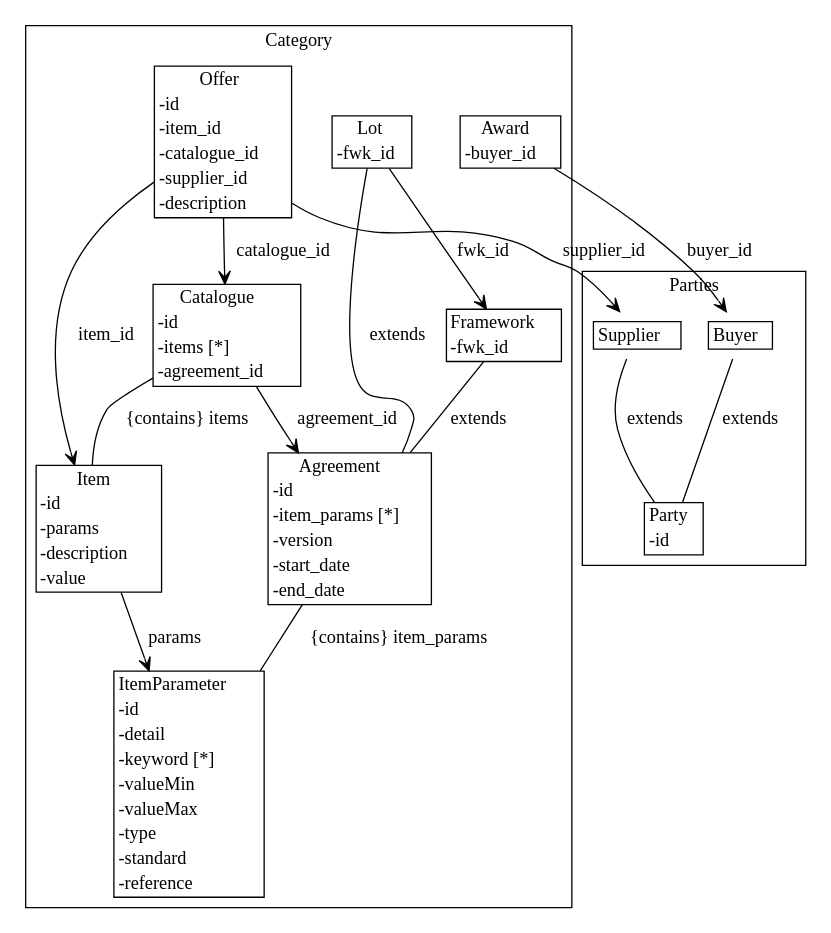
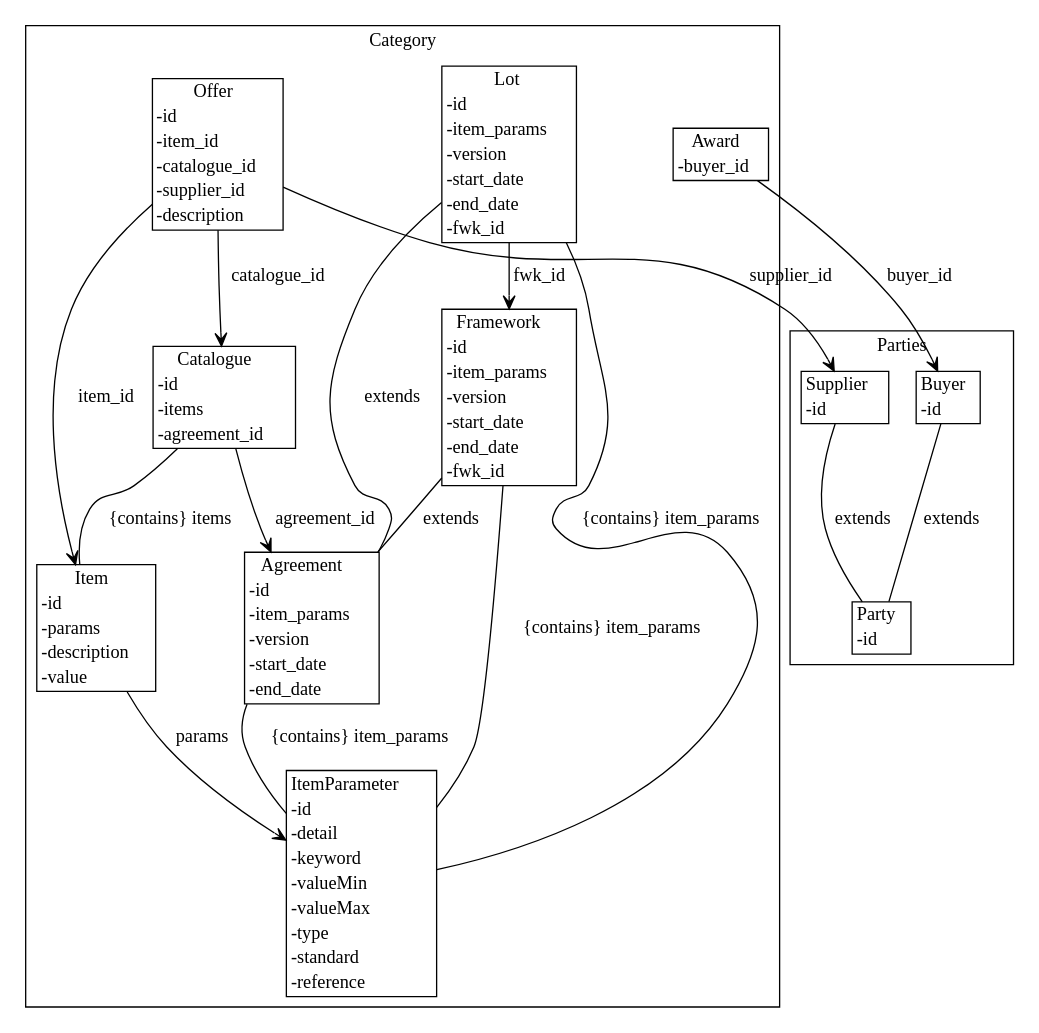
Before and after one commit to Crown-Commercial-Service/cmp-design-prototype: the diagram in agreement-design/gen/diagrams/data_model.dot, drawn with Graphviz. The commit also changed 10 other files, not shown here.

```diff
--- a/agreement-design/gen/diagrams/data_model.dot
+++ b/agreement-design/gen/diagrams/data_model.dot
@@ -1,34 +1,36 @@
 strict digraph {
 subgraph cluster_Category {
 node [shape=plaintext margin=0];
 label=Category;
-"ItemParameter" [label=<<table BORDER="1" CELLBORDER="0" CELLSPACING="0"><TH><TD>ItemParameter</TD></TH><TR><TD ALIGN="LEFT">-id </TD></TR><TR><TD ALIGN="LEFT">-detail </TD></TR><TR><TD ALIGN="LEFT">-keyword [*]</TD></TR><TR><TD ALIGN="LEFT">-valueMin </TD></TR><TR><TD ALIGN="LEFT">-valueMax </TD></TR><TR><TD ALIGN="LEFT">-type </TD></TR><TR><TD ALIGN="LEFT">-standard </TD></TR><TR><TD ALIGN="LEFT">-reference </TD></TR></table>>];
-"Agreement" [label=<<table BORDER="1" CELLBORDER="0" CELLSPACING="0"><TH><TD>Agreement</TD></TH><TR><TD ALIGN="LEFT">-id </TD></TR><TR><TD ALIGN="LEFT">-item_params [*]</TD></TR><TR><TD ALIGN="LEFT">-version </TD></TR><TR><TD ALIGN="LEFT">-start_date </TD></TR><TR><TD ALIGN="LEFT">-end_date </TD></TR></table>>];
-"Framework" [label=<<table BORDER="1" CELLBORDER="0" CELLSPACING="0"><TH><TD>Framework</TD></TH><TR><TD ALIGN="LEFT">-fwk_id </TD></TR></table>>];
-"Lot" [label=<<table BORDER="1" CELLBORDER="0" CELLSPACING="0"><TH><TD>Lot</TD></TH><TR><TD ALIGN="LEFT">-fwk_id </TD></TR></table>>];
-"Item" [label=<<table BORDER="1" CELLBORDER="0" CELLSPACING="0"><TH><TD>Item</TD></TH><TR><TD ALIGN="LEFT">-id </TD></TR><TR><TD ALIGN="LEFT">-params </TD></TR><TR><TD ALIGN="LEFT">-description </TD></TR><TR><TD ALIGN="LEFT">-value </TD></TR></table>>];
-"Catalogue" [label=<<table BORDER="1" CELLBORDER="0" CELLSPACING="0"><TH><TD>Catalogue</TD></TH><TR><TD ALIGN="LEFT">-id </TD></TR><TR><TD ALIGN="LEFT">-items [*]</TD></TR><TR><TD ALIGN="LEFT">-agreement_id </TD></TR></table>>];
-"Offer" [label=<<table BORDER="1" CELLBORDER="0" CELLSPACING="0"><TH><TD>Offer</TD></TH><TR><TD ALIGN="LEFT">-id </TD></TR><TR><TD ALIGN="LEFT">-item_id </TD></TR><TR><TD ALIGN="LEFT">-catalogue_id </TD></TR><TR><TD ALIGN="LEFT">-supplier_id </TD></TR><TR><TD ALIGN="LEFT">-description </TD></TR></table>>];
-"Award" [label=<<table BORDER="1" CELLBORDER="0" CELLSPACING="0"><TH><TD>Award</TD></TH><TR><TD ALIGN="LEFT">-buyer_id </TD></TR></table>>];
+"ItemParameter" [label=<<table BORDER="1" CELLBORDER="0" CELLSPACING="0"><TH><TD>ItemParameter</TD></TH><TR><TD ALIGN="LEFT">-id</TD></TR><TR><TD ALIGN="LEFT">-detail</TD></TR><TR><TD ALIGN="LEFT">-keyword</TD></TR><TR><TD ALIGN="LEFT">-valueMin</TD></TR><TR><TD ALIGN="LEFT">-valueMax</TD></TR><TR><TD ALIGN="LEFT">-type</TD></TR><TR><TD ALIGN="LEFT">-standard</TD></TR><TR><TD ALIGN="LEFT">-reference</TD></TR></table>>];
+"Agreement" [label=<<table BORDER="1" CELLBORDER="0" CELLSPACING="0"><TH><TD>Agreement</TD></TH><TR><TD ALIGN="LEFT">-id</TD></TR><TR><TD ALIGN="LEFT">-item_params</TD></TR><TR><TD ALIGN="LEFT">-version</TD></TR><TR><TD ALIGN="LEFT">-start_date</TD></TR><TR><TD ALIGN="LEFT">-end_date</TD></TR></table>>];
+"Framework" [label=<<table BORDER="1" CELLBORDER="0" CELLSPACING="0"><TH><TD>Framework</TD></TH><TR><TD ALIGN="LEFT">-id</TD></TR><TR><TD ALIGN="LEFT">-item_params</TD></TR><TR><TD ALIGN="LEFT">-version</TD></TR><TR><TD ALIGN="LEFT">-start_date</TD></TR><TR><TD ALIGN="LEFT">-end_date</TD></TR><TR><TD ALIGN="LEFT">-fwk_id</TD></TR></table>>];
+"Lot" [label=<<table BORDER="1" CELLBORDER="0" CELLSPACING="0"><TH><TD>Lot</TD></TH><TR><TD ALIGN="LEFT">-id</TD></TR><TR><TD ALIGN="LEFT">-item_params</TD></TR><TR><TD ALIGN="LEFT">-version</TD></TR><TR><TD ALIGN="LEFT">-start_date</TD></TR><TR><TD ALIGN="LEFT">-end_date</TD></TR><TR><TD ALIGN="LEFT">-fwk_id</TD></TR></table>>];
+"Item" [label=<<table BORDER="1" CELLBORDER="0" CELLSPACING="0"><TH><TD>Item</TD></TH><TR><TD ALIGN="LEFT">-id</TD></TR><TR><TD ALIGN="LEFT">-params</TD></TR><TR><TD ALIGN="LEFT">-description</TD></TR><TR><TD ALIGN="LEFT">-value</TD></TR></table>>];
+"Catalogue" [label=<<table BORDER="1" CELLBORDER="0" CELLSPACING="0"><TH><TD>Catalogue</TD></TH><TR><TD ALIGN="LEFT">-id</TD></TR><TR><TD ALIGN="LEFT">-items</TD></TR><TR><TD ALIGN="LEFT">-agreement_id</TD></TR></table>>];
+"Offer" [label=<<table BORDER="1" CELLBORDER="0" CELLSPACING="0"><TH><TD>Offer</TD></TH><TR><TD ALIGN="LEFT">-id</TD></TR><TR><TD ALIGN="LEFT">-item_id</TD></TR><TR><TD ALIGN="LEFT">-catalogue_id</TD></TR><TR><TD ALIGN="LEFT">-supplier_id</TD></TR><TR><TD ALIGN="LEFT">-description</TD></TR></table>>];
+"Award" [label=<<table BORDER="1" CELLBORDER="0" CELLSPACING="0"><TH><TD>Award</TD></TH><TR><TD ALIGN="LEFT">-buyer_id</TD></TR></table>>];
 }
 subgraph cluster_Parties {
 node [shape=plaintext margin=0];
 label=Parties;
-"Party" [label=<<table BORDER="1" CELLBORDER="0" CELLSPACING="0"><TH><TD>Party</TD></TH><TR><TD ALIGN="LEFT">-id </TD></TR></table>>];
-"Supplier" [label=<<table BORDER="1" CELLBORDER="0" CELLSPACING="0"><TH><TD>Supplier</TD></TH></table>>];
-"Buyer" [label=<<table BORDER="1" CELLBORDER="0" CELLSPACING="0"><TH><TD>Buyer</TD></TH></table>>];
+"Party" [label=<<table BORDER="1" CELLBORDER="0" CELLSPACING="0"><TH><TD>Party</TD></TH><TR><TD ALIGN="LEFT">-id</TD></TR></table>>];
+"Supplier" [label=<<table BORDER="1" CELLBORDER="0" CELLSPACING="0"><TH><TD>Supplier</TD></TH><TR><TD ALIGN="LEFT">-id</TD></TR></table>>];
+"Buyer" [label=<<table BORDER="1" CELLBORDER="0" CELLSPACING="0"><TH><TD>Buyer</TD></TH><TR><TD ALIGN="LEFT">-id</TD></TR></table>>];
 }
 "Agreement" -> "ItemParameter" [label="{contains} item_params" arrowhead = "none" arrowtail = "diamond" ];
 "Framework" -> "Agreement" [label="extends" arrowhead = "none" arrowtail = "normal" ];
+"Framework" -> "ItemParameter" [label="{contains} item_params" arrowhead = "none" arrowtail = "diamond" ];
+"Lot" -> "Agreement" [label="extends" arrowhead = "none" arrowtail = "normal" ];
+"Lot" -> "ItemParameter" [label="{contains} item_params" arrowhead = "none" arrowtail = "diamond" ];
 "Lot" -> "Framework" [label="fwk_id" arrowhead = "open" arrowtail = "none" ];
-"Lot" -> "Agreement" [label="extends" arrowhead = "none" arrowtail = "normal" ];
 "Item" -> "ItemParameter" [label="params" arrowhead = "open" arrowtail = "none" ];
 "Catalogue" -> "Item" [label="{contains} items" arrowhead = "none" arrowtail = "diamond" ];
 "Catalogue" -> "Agreement" [label="agreement_id" arrowhead = "open" arrowtail = "none" ];
 "Offer" -> "Item" [label="item_id" arrowhead = "open" arrowtail = "none" ];
 "Offer" -> "Catalogue" [label="catalogue_id" arrowhead = "open" arrowtail = "none" ];
 "Offer" -> "Supplier" [label="supplier_id" arrowhead = "open" arrowtail = "none" ];
 "Award" -> "Buyer" [label="buyer_id" arrowhead = "open" arrowtail = "none" ];
 "Supplier" -> "Party" [label="extends" arrowhead = "none" arrowtail = "normal" ];
 "Buyer" -> "Party" [label="extends" arrowhead = "none" arrowtail = "normal" ];
 }
```
